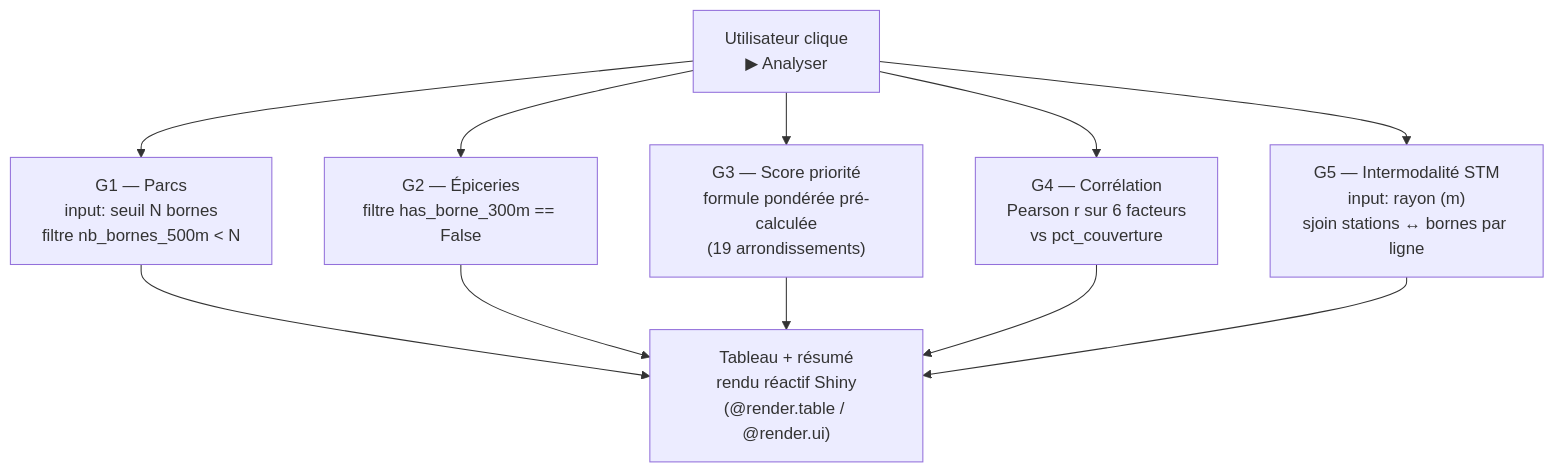
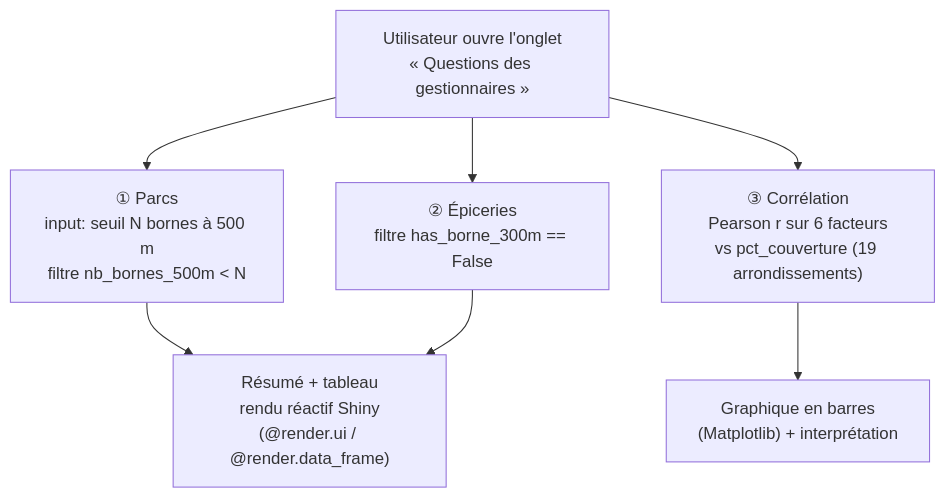
The fourth of 4 diagrams in DIAGRAMME_MERMAID.md (modou5604501/projet_Session), drawn with Mermaid before and after one commit. The commit also changed other lines of this file and 7 other files, not shown here.

First line of the commit message:
fix: purger les dernieres references a l'ancienne architecture (STM/shiny_app)

````diff
--- a/DIAGRAMME_MERMAID.md
+++ b/DIAGRAMME_MERMAID.md
@@ -145,16 +136,12 @@
 ```mermaid
 flowchart TD
-    USER["Utilisateur clique\n▶ Analyser"]
+    USER["Utilisateur ouvre l'onglet\n« Questions des gestionnaires »"]
 
-    USER --> G1["G1 — Parcs\ninput: seuil N bornes\nfiltre nb_bornes_500m < N"]
-    USER --> G2["G2 — Épiceries\nfiltre has_borne_300m == False"]
-    USER --> G3["G3 — Score priorité\nformule pondérée pré-calculée\n(19 arrondissements)"]
-    USER --> G4["G4 — Corrélation\nPearson r sur 6 facteurs\nvs pct_couverture"]
-    USER --> G5["G5 — Intermodalité STM\ninput: rayon (m)\nsjoin stations ↔ bornes par ligne"]
+    USER --> Q1["① Parcs\ninput: seuil N bornes à 500 m\nfiltre nb_bornes_500m < N"]
+    USER --> Q2["② Épiceries\nfiltre has_borne_300m == False"]
+    USER --> Q3["③ Corrélation\nPearson r sur 6 facteurs\nvs pct_couverture (19 arrondissements)"]
 
-    G1 --> OUT["Tableau + résumé\nrendu réactif Shiny\n(@render.table / @render.ui)"]
-    G2 --> OUT
-    G3 --> OUT
-    G4 --> OUT
-    G5 --> OUT
+    Q1 --> OUT["Résumé + tableau\nrendu réactif Shiny\n(@render.ui / @render.data_frame)"]
+    Q2 --> OUT
+    Q3 --> OUT2["Graphique en barres\n(Matplotlib) + interprétation"]
 ```
````
